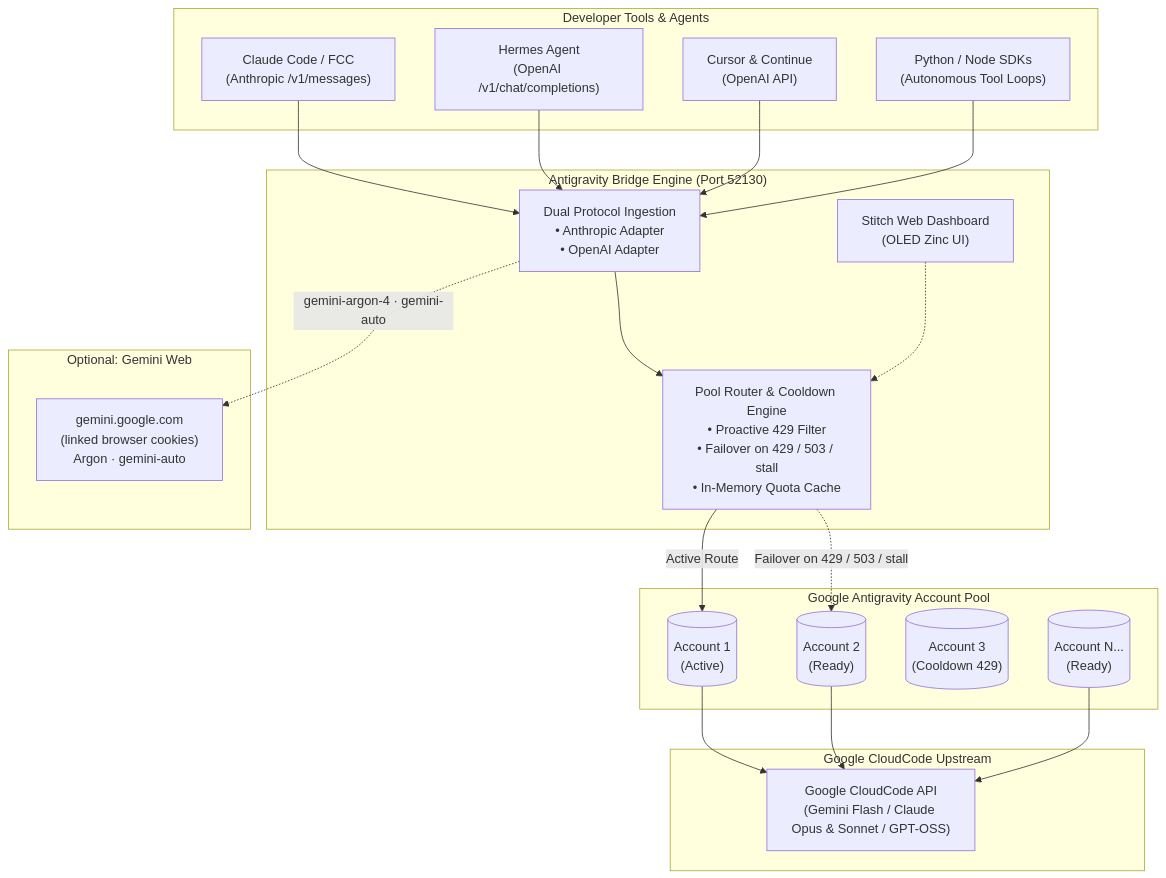
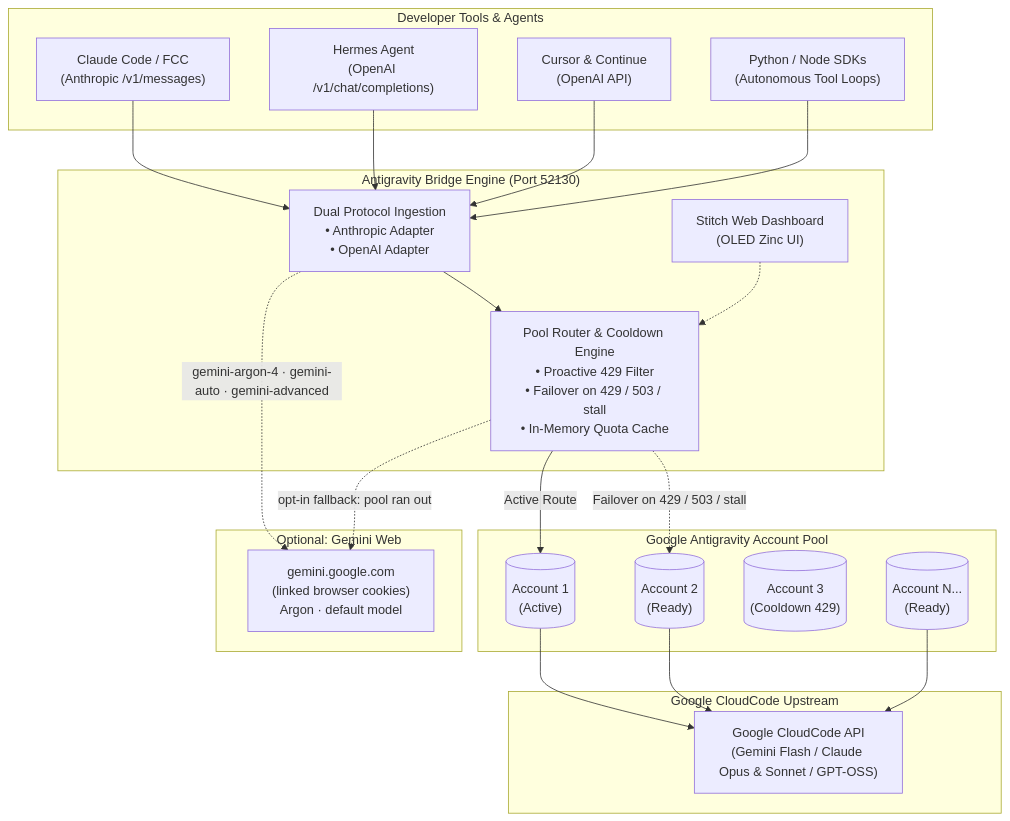
One commit to zakyirsyaad/antigravity-bridge changed the diagram in README.md. Above: the diagram before and after it, drawn with Mermaid. The commit also changed other lines of this file, not shown here.

First line of the commit message:
docs(readme): correct the Gemini Web and API docs after a max review

````diff
--- a/README.md
+++ b/README.md
@@ -28,38 +28,39 @@
 ```mermaid
 flowchart TD
     subgraph Clients ["Developer Tools & Agents"]
         C1["Claude Code / FCC\n(Anthropic /v1/messages)"]
         C2["Hermes Agent\n(OpenAI /v1/chat/completions)"]
         C3["Cursor & Continue\n(OpenAI API)"]
         C4["Python / Node SDKs\n(Autonomous Tool Loops)"]
     end
 
     subgraph Bridge ["Antigravity Bridge Engine (Port 52130)"]
         GW["Dual Protocol Ingestion\n• Anthropic Adapter\n• OpenAI Adapter"]
         ROUTER["Pool Router & Cooldown Engine\n• Proactive 429 Filter\n• Failover on 429 / 503 / stall\n• In-Memory Quota Cache"]
         DASH["Stitch Web Dashboard\n(OLED Zinc UI)"]
     end
 
     subgraph Pool ["Google Antigravity Account Pool"]
         A1[("Account 1\n(Active)")]
         A2[("Account 2\n(Ready)")]
         A3[("Account 3\n(Cooldown 429)")]
         AN[("Account N...\n(Ready)")]
     end
 
     subgraph Google ["Google CloudCode Upstream"]
         GAPI["Google CloudCode API\n(Gemini Flash / Claude Opus & Sonnet / GPT-OSS)"]
     end
 
     subgraph Web ["Optional: Gemini Web"]
-        GWEB["gemini.google.com\n(linked browser cookies)\nArgon · gemini-auto"]
+        GWEB["gemini.google.com\n(linked browser cookies)\nArgon · default model"]
     end
 
     C1 & C2 & C3 & C4 --> GW
     GW --> ROUTER
     DASH -.-> ROUTER
     ROUTER -->|Active Route| A1
     ROUTER -.->|Failover on 429 / 503 / stall| A2
     A1 & A2 & AN --> GAPI
-    GW -.->|gemini-argon-4 · gemini-auto| GWEB
+    GW -.->|"gemini-argon-4 · gemini-auto · gemini-advanced"| GWEB
+    ROUTER -.->|"opt-in fallback: pool ran out"| GWEB
 ```
````
